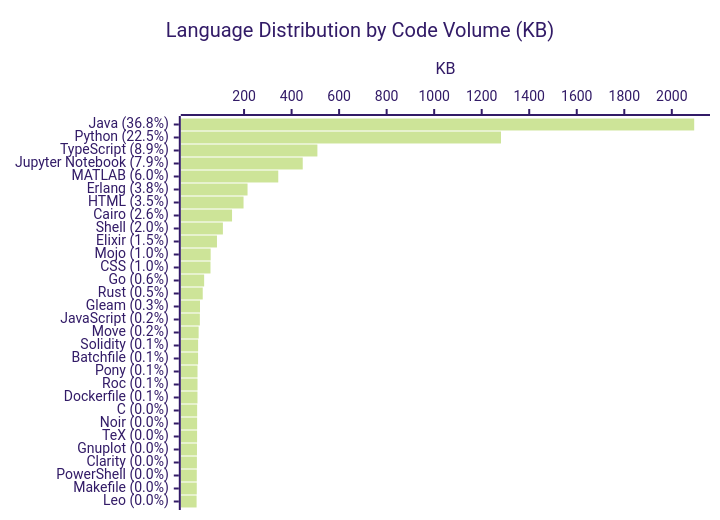
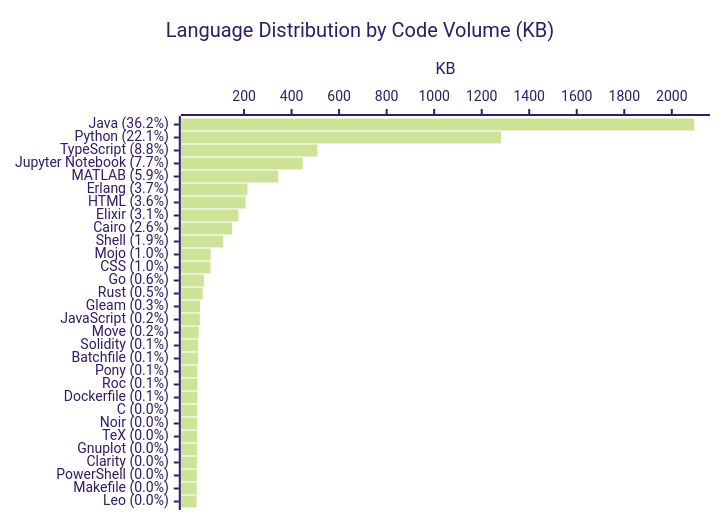
The diagram in profile/README.md (KathiraveluLab/.github), drawn with Mermaid (forest theme) before and after one commit. The commit also changed other lines of this file and 1 other file, not shown here.

````diff
--- a/profile/README.md
+++ b/profile/README.md
@@ -65,7 +65,7 @@
 ```mermaid
 xychart-beta horizontal
     title "Language Distribution by Code Volume (KB)"
-    x-axis ["Java (36.8%)", "Python (22.5%)", "TypeScript (8.9%)", "Jupyter Notebook (7.9%)", "MATLAB (6.0%)", "Erlang (3.8%)", "HTML (3.5%)", "Cairo (2.6%)", "Shell (2.0%)", "Elixir (1.5%)", "Mojo (1.0%)", "CSS (1.0%)", "Go (0.6%)", "Rust (0.5%)", "Gleam (0.3%)", "JavaScript (0.2%)", "Move (0.2%)", "Solidity (0.1%)", "Batchfile (0.1%)", "Pony (0.1%)", "Roc (0.1%)", "Dockerfile (0.1%)", "C (0.0%)", "Noir (0.0%)", "TeX (0.0%)", "Gnuplot (0.0%)", "Clarity (0.0%)", "PowerShell (0.0%)", "Makefile (0.0%)", "Leo (0.0%)"]
+    x-axis ["Java (36.2%)", "Python (22.1%)", "TypeScript (8.8%)", "Jupyter Notebook (7.7%)", "MATLAB (5.9%)", "Erlang (3.7%)", "HTML (3.6%)", "Elixir (3.1%)", "Cairo (2.6%)", "Shell (1.9%)", "Mojo (1.0%)", "CSS (1.0%)", "Go (0.6%)", "Rust (0.5%)", "Gleam (0.3%)", "JavaScript (0.2%)", "Move (0.2%)", "Solidity (0.1%)", "Batchfile (0.1%)", "Pony (0.1%)", "Roc (0.1%)", "Dockerfile (0.1%)", "C (0.0%)", "Noir (0.0%)", "TeX (0.0%)", "Gnuplot (0.0%)", "Clarity (0.0%)", "PowerShell (0.0%)", "Makefile (0.0%)", "Leo (0.0%)"]
     y-axis "KB"
-    bar [2094.22, 1281.15, 508.57, 446.9, 343.93, 214.61, 197.81, 149.42, 110.91, 85.96, 59.44, 58.73, 32.03, 26.08, 14.6, 13.89, 8.83, 6.65, 6.48, 4.14, 4.09, 3.9, 2.58, 2.46, 2.29, 1.82, 1.53, 1.02, 0.99, 0.27]
+    bar [2094.22, 1281.15, 508.57, 446.9, 343.93, 214.61, 206.6, 176.6, 149.42, 112.62, 59.44, 58.73, 32.03, 26.08, 14.6, 13.89, 8.83, 6.65, 6.48, 4.14, 4.09, 3.9, 2.58, 2.46, 2.29, 1.82, 1.53, 1.02, 0.99, 0.27]
 ```
````
